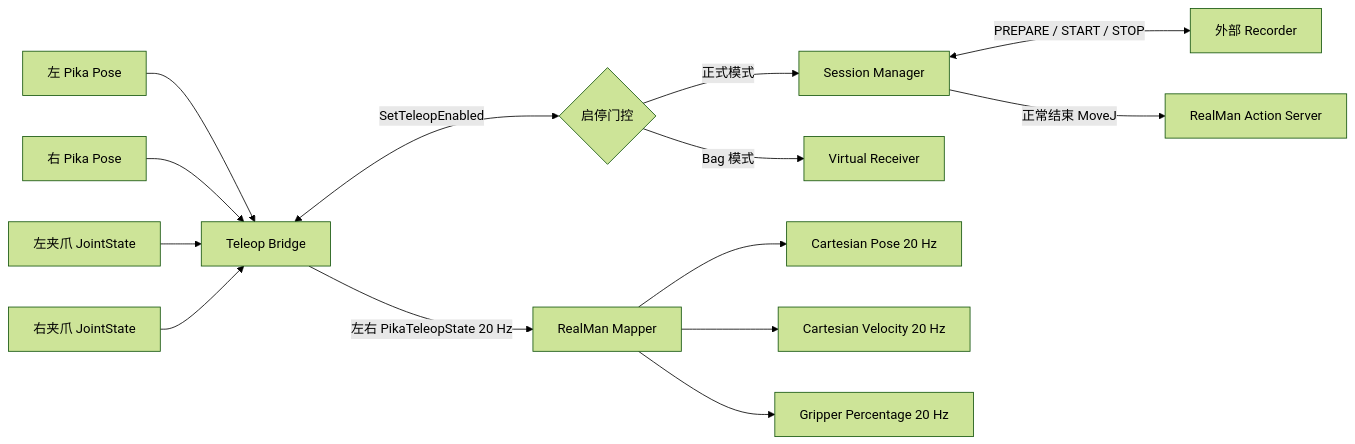
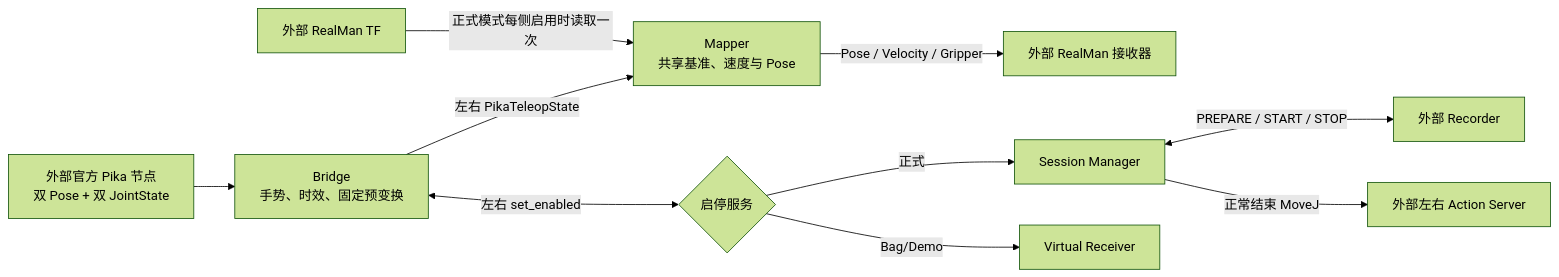
One commit to 3199763863-Ray/pika_teleop_ws changed the diagram in README.md. Above: the diagram before and after it, drawn with Mermaid (forest theme). The commit also changed other lines of this file and 7 other files, not shown here.

````diff
--- a/README.md
+++ b/README.md
@@ -37,20 +20,12 @@
 ```mermaid
 flowchart LR
-    PL[左 Pika Pose] --> B[Teleop Bridge]
-    PR[右 Pika Pose] --> B
-    GL[左夹爪 JointState] --> B
-    GR[右夹爪 JointState] --> B
-
-    B -->|左右 PikaTeleopState 20 Hz| M[RealMan Mapper]
-    B <-->|SetTeleopEnabled| G{启停门控}
-
-    G -->|正式模式| S[Session Manager]
-    S <-->|PREPARE / START / STOP| R[外部 Recorder]
-    S -->|正常结束 MoveJ| A[RealMan Action Server]
-
-    G -->|Bag 模式| V[Virtual Receiver]
-
-    M --> CP[Cartesian Pose 20 Hz]
-    M --> CV[Cartesian Velocity 20 Hz]
-    M --> GP[Gripper Percentage 20 Hz]
+  O[外部官方 Pika 节点<br/>双 Pose + 双 JointState] --> B[Bridge<br/>手势、时效、固定预变换]
+  B -->|左右 PikaTeleopState| M[Mapper<br/>共享基准、速度与 Pose]
+  M -->|Pose / Velocity / Gripper| X[外部 RealMan 接收器]
+  B <-->|左右 set_enabled| G{启停服务}
+  G -->|正式| S[Session Manager]
+  G -->|Bag/Demo| V[Virtual Receiver]
+  S <-->|PREPARE / START / STOP| R[外部 Recorder]
+  S -->|正常结束 MoveJ| A[外部左右 Action Server]
+  T[外部 RealMan TF] -->|正式模式每侧启用时读取一次| M
 ```
````
